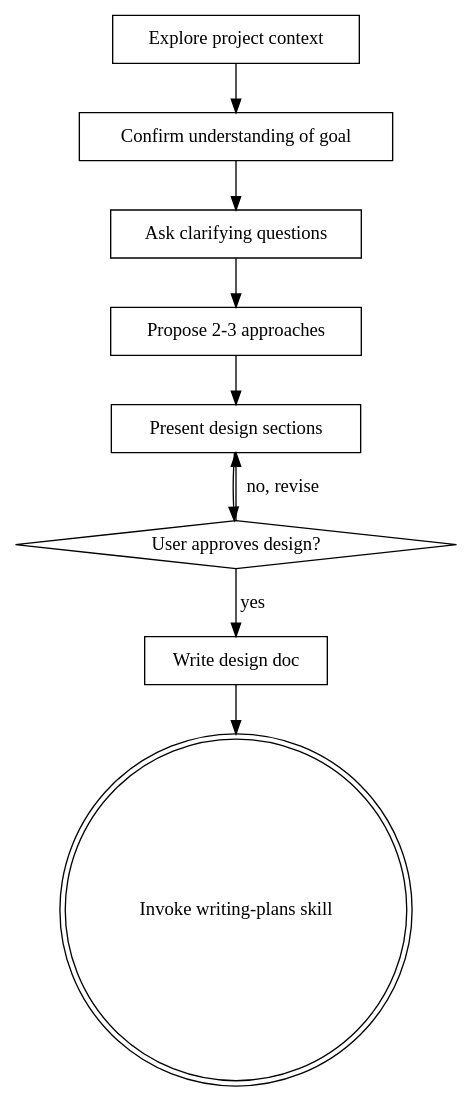
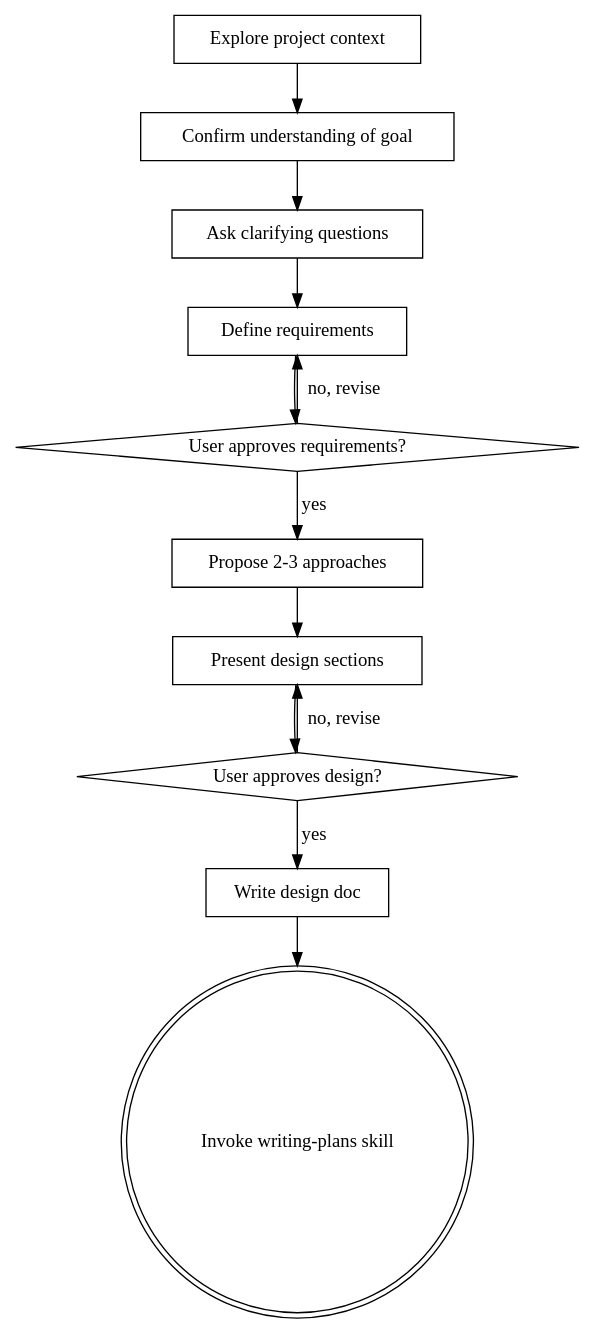
Before and after one commit to anton-ai5010/forge: the diagram in forge-plugin/skills/brainstorming/SKILL.md, drawn with Graphviz. The commit also changed other lines of this file and 1 other file, not shown here.

Commit message:
Add requirements step to brainstorming, steering docs to init, validate command

````diff
--- a/forge-plugin/skills/brainstorming/SKILL.md
+++ b/forge-plugin/skills/brainstorming/SKILL.md
@@ -47,21 +77,26 @@
 ```dot
 digraph brainstorming {
     "Explore project context" [shape=box];
     "Confirm understanding of goal" [shape=box];
     "Ask clarifying questions" [shape=box];
+    "Define requirements" [shape=box];
+    "User approves requirements?" [shape=diamond];
     "Propose 2-3 approaches" [shape=box];
     "Present design sections" [shape=box];
     "User approves design?" [shape=diamond];
     "Write design doc" [shape=box];
     "Invoke writing-plans skill" [shape=doublecircle];
 
     "Explore project context" -> "Confirm understanding of goal";
     "Confirm understanding of goal" -> "Ask clarifying questions";
-    "Ask clarifying questions" -> "Propose 2-3 approaches";
+    "Ask clarifying questions" -> "Define requirements";
+    "Define requirements" -> "User approves requirements?";
+    "User approves requirements?" -> "Define requirements" [label="no, revise"];
+    "User approves requirements?" -> "Propose 2-3 approaches" [label="yes"];
     "Propose 2-3 approaches" -> "Present design sections";
     "Present design sections" -> "User approves design?";
     "User approves design?" -> "Present design sections" [label="no, revise"];
     "User approves design?" -> "Write design doc" [label="yes"];
     "Write design doc" -> "Invoke writing-plans skill";
 }
 ```
````
